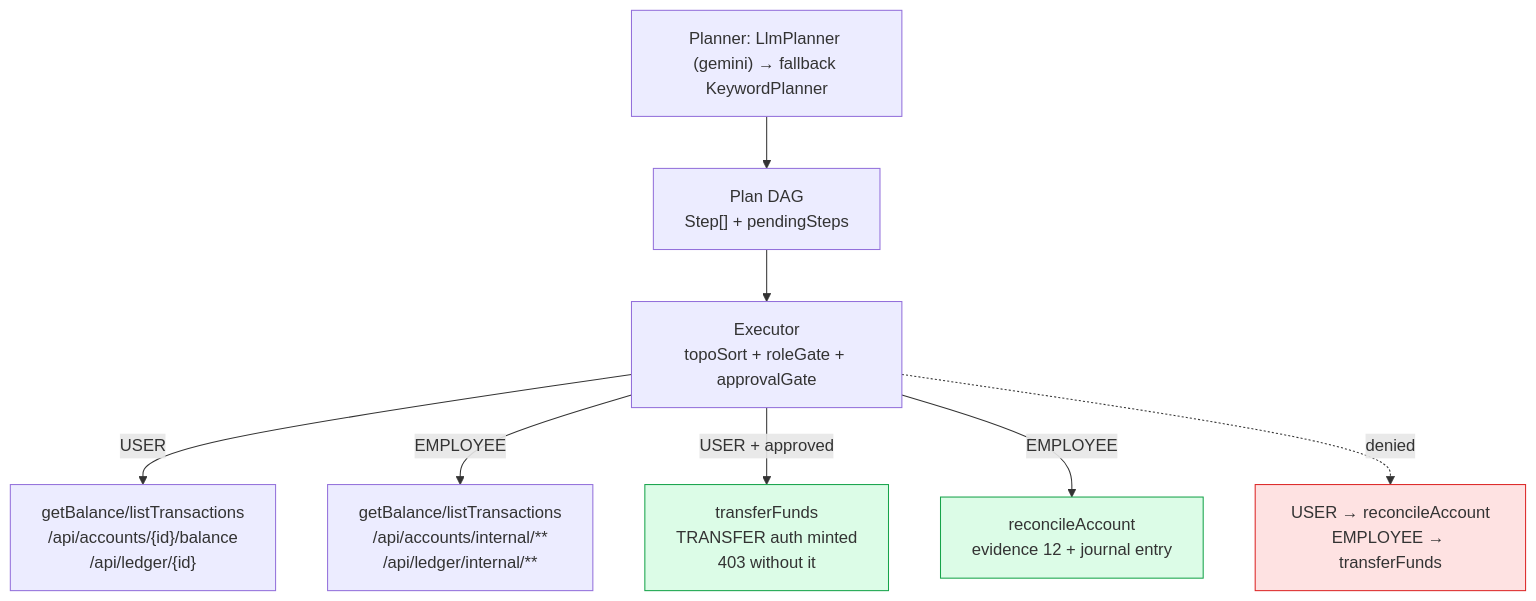
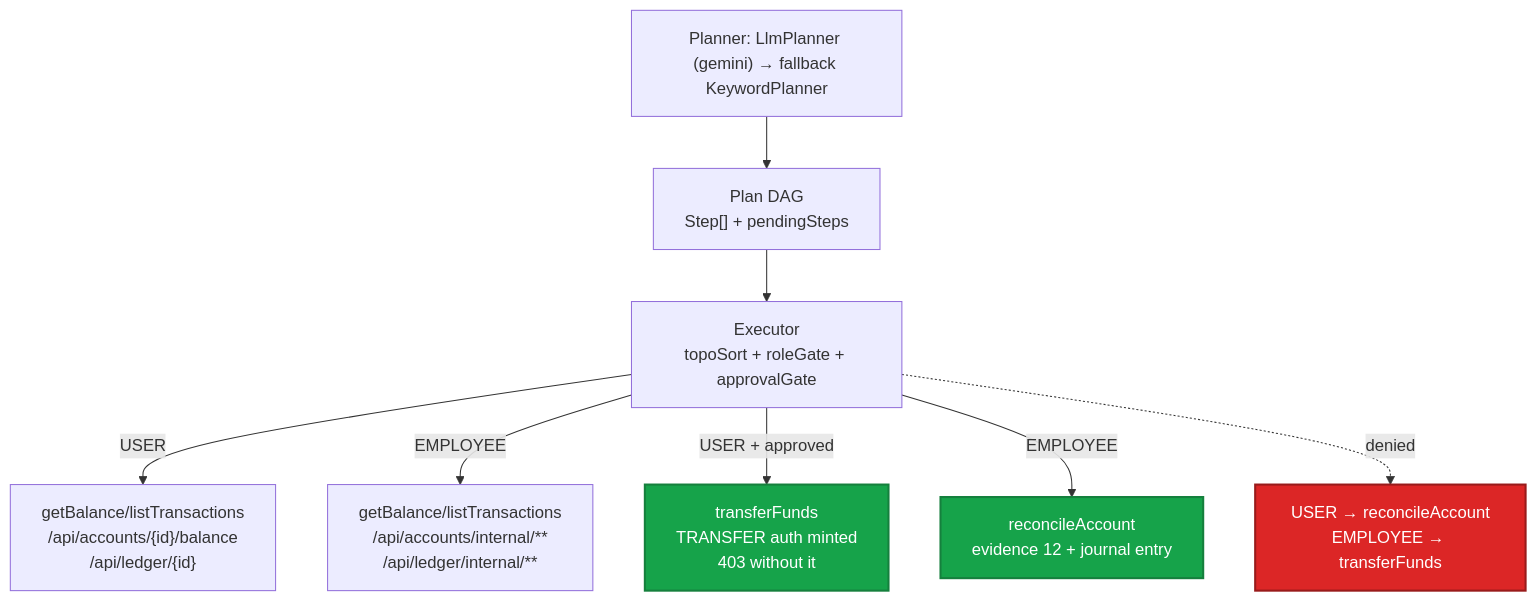
One commit to donyelqt/reagentic-banking-agent changed the third of 5 diagrams in docs/architecture.md. Above: the diagram before and after it, drawn with Mermaid. The commit also changed other lines of this file, not shown here.

First line of the commit message:
docs: saturate Mermaid colors and make text white for contrast

````diff
--- a/docs/architecture.md
+++ b/docs/architecture.md
@@ -85,14 +85,14 @@
 ```mermaid
 graph TD
     Planner["Planner: LlmPlanner (gemini) → fallback KeywordPlanner"] --> Plan["Plan DAG<br/>Step[] + pendingSteps"]
     Plan --> Exec["Executor<br/>topoSort + roleGate + approvalGate"]
     Exec -->|USER| U1["getBalance/listTransactions<br/>/api/accounts/{id}/balance<br/>/api/ledger/{id}"]
     Exec -->|EMPLOYEE| E1["getBalance/listTransactions<br/>/api/accounts/internal/**<br/>/api/ledger/internal/**"]
     Exec -->|USER + approved| U2["transferFunds<br/>TRANSFER auth minted<br/>403 without it"]
     Exec -->|EMPLOYEE| E2["reconcileAccount<br/>evidence 12 + journal entry"]
     Exec -.->|denied| D1["USER → reconcileAccount<br/>EMPLOYEE → transferFunds"]
 
-    style D1 fill:#fee2e2,stroke:#dc2626
-    style U2 fill:#dcfce7,stroke:#16a34a
-    style E2 fill:#dcfce7,stroke:#16a34a
+    style D1 fill:#dc2626,stroke:#991b1b,color:#fff,stroke-width:2px
+    style U2 fill:#16a34a,stroke:#15803d,color:#fff,stroke-width:2px
+    style E2 fill:#16a34a,stroke:#15803d,color:#fff,stroke-width:2px
 ```
````
